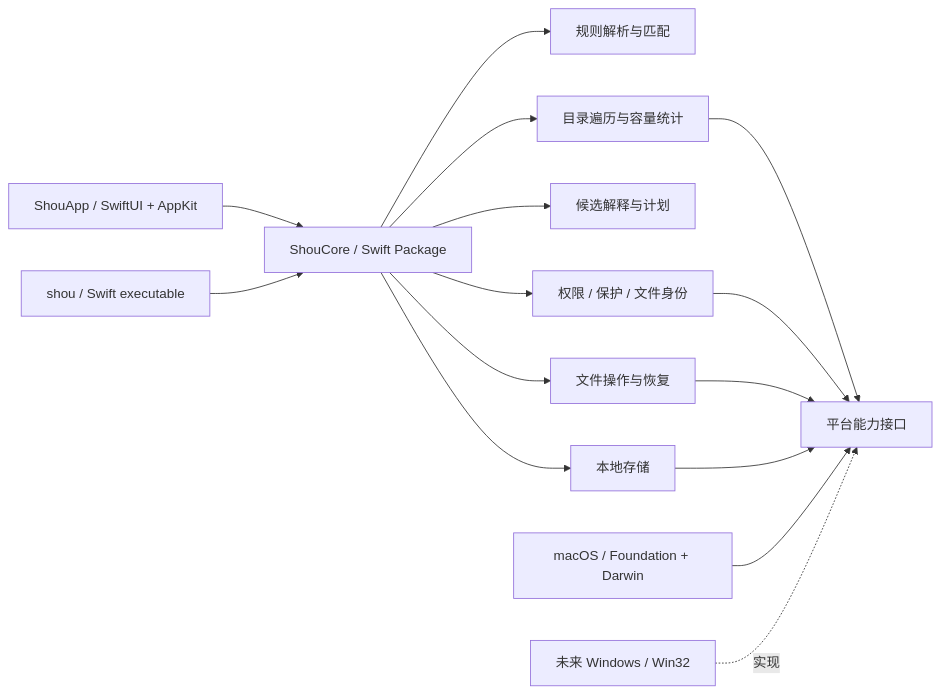
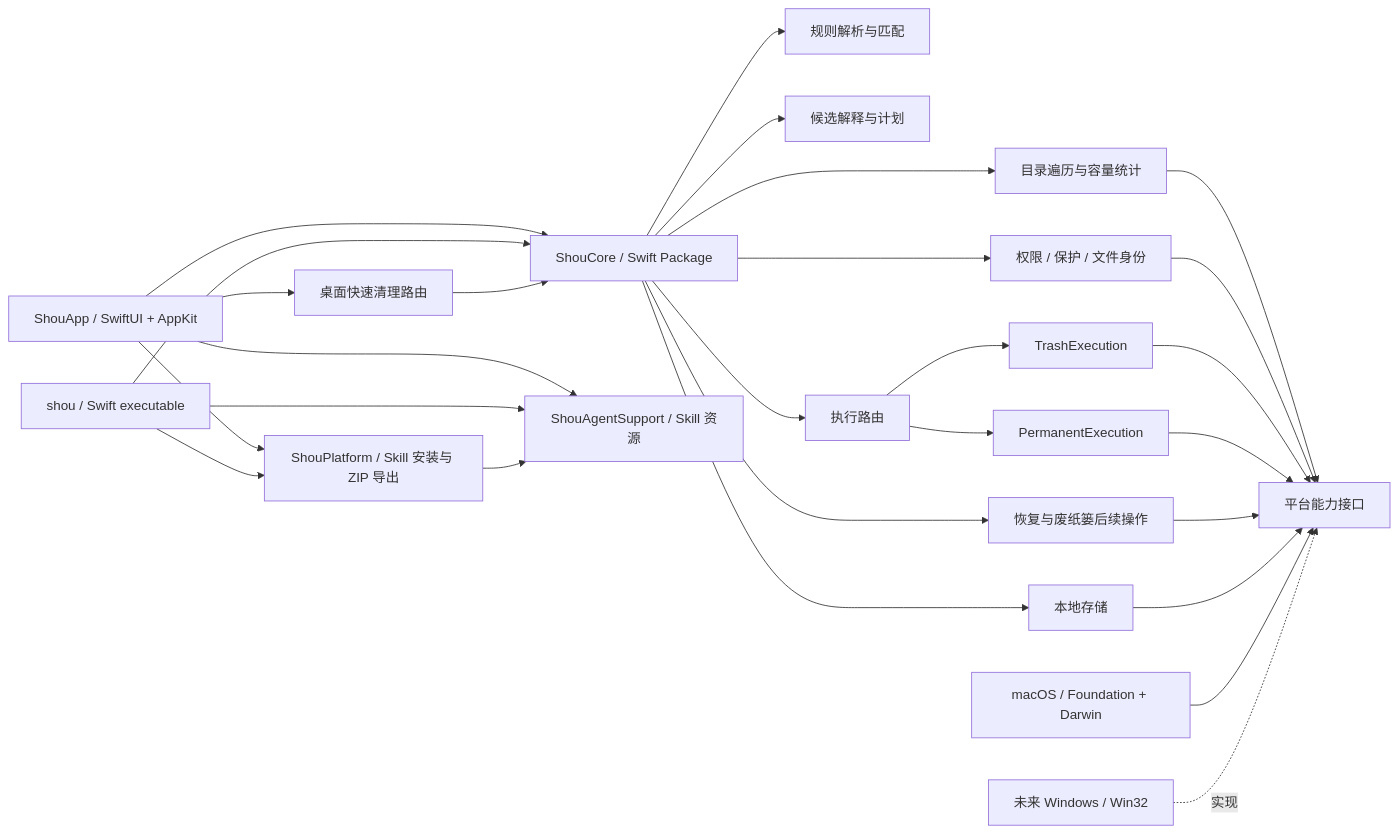
One commit to limecloud/shou changed the second of 5 diagrams in docs/zh-CN/architecture/system-design.md. Above: the diagram before and after it, drawn with Mermaid. The commit also changed other lines of this file and 99 other files, not shown here.

````diff
--- a/docs/zh-CN/architecture/system-design.md
+++ b/docs/zh-CN/architecture/system-design.md
@@ -42,17 +47,29 @@
 ```mermaid
 flowchart LR
     App[ShouApp / SwiftUI + AppKit] --> Core[ShouCore / Swift Package]
+    App --> AgentSupport[ShouAgentSupport / Skill 资源]
+    CLI --> AgentSupport
+    App --> SkillInstall[ShouPlatform / Skill 安装与 ZIP 导出]
+    CLI --> SkillInstall
+    SkillInstall --> AgentSupport
     CLI[shou / Swift executable] --> Core
+    App --> Quick[桌面快速清理路由]
+    Quick --> Core
     Core --> Rules[规则解析与匹配]
     Core --> Scanner[目录遍历与容量统计]
     Core --> Planner[候选解释与计划]
     Core --> Safety[权限 / 保护 / 文件身份]
-    Core --> Executor[文件操作与恢复]
+    Core --> Router[执行路由]
+    Router --> TrashExec[TrashExecution]
+    Router --> PurgeExec[PermanentExecution]
+    Core --> FollowUp[恢复与废纸篓后续操作]
     Core --> Persistence[本地存储]
     Scanner --> Platform[平台能力接口]
     Safety --> Platform
-    Executor --> Platform
+    TrashExec --> Platform
+    PurgeExec --> Platform
+    FollowUp --> Platform
     Persistence --> Platform
     Mac[macOS / Foundation + Darwin] --> Platform
     Win[未来 Windows / Win32] -.实现.-> Platform
 ```
````
